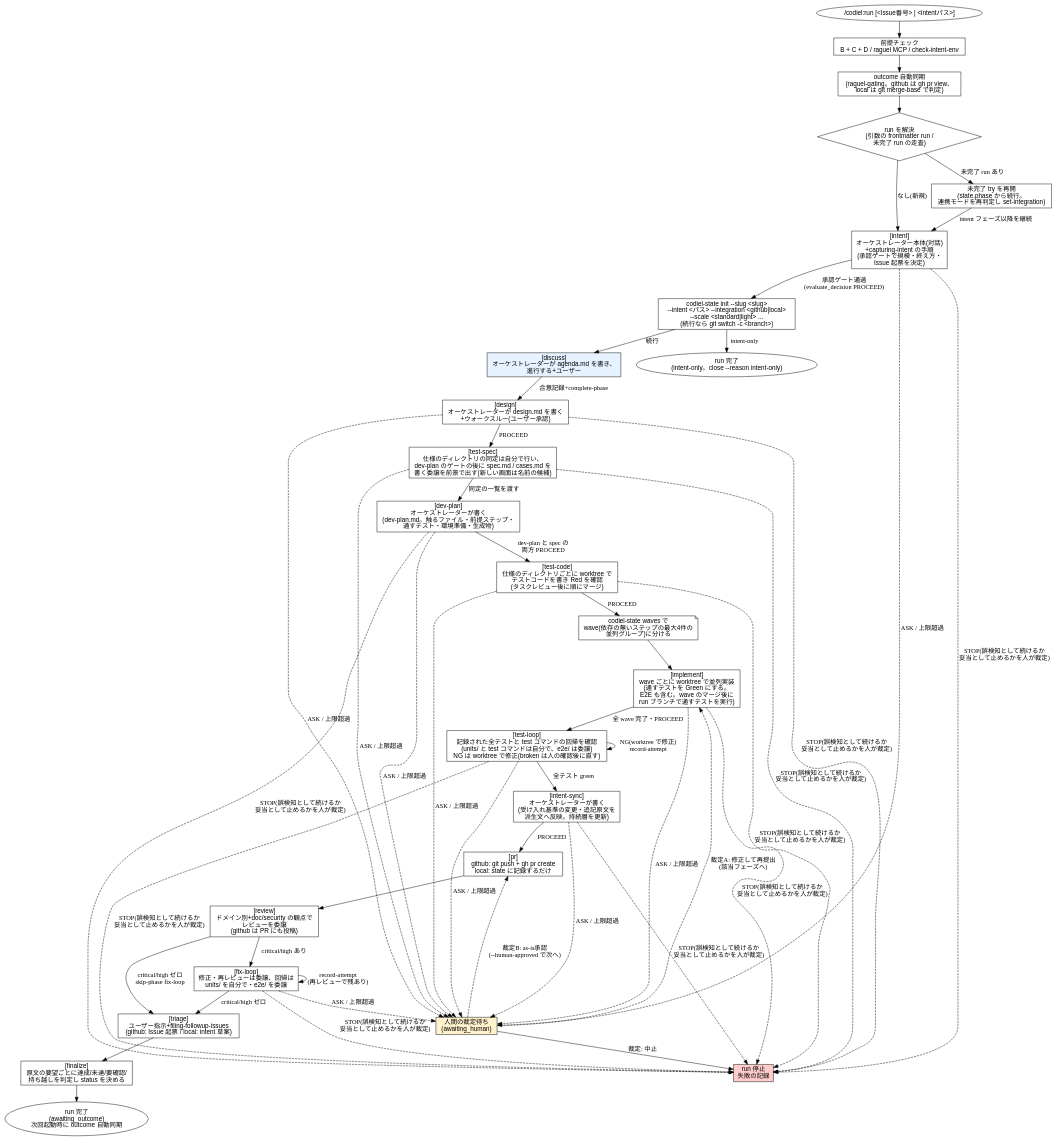
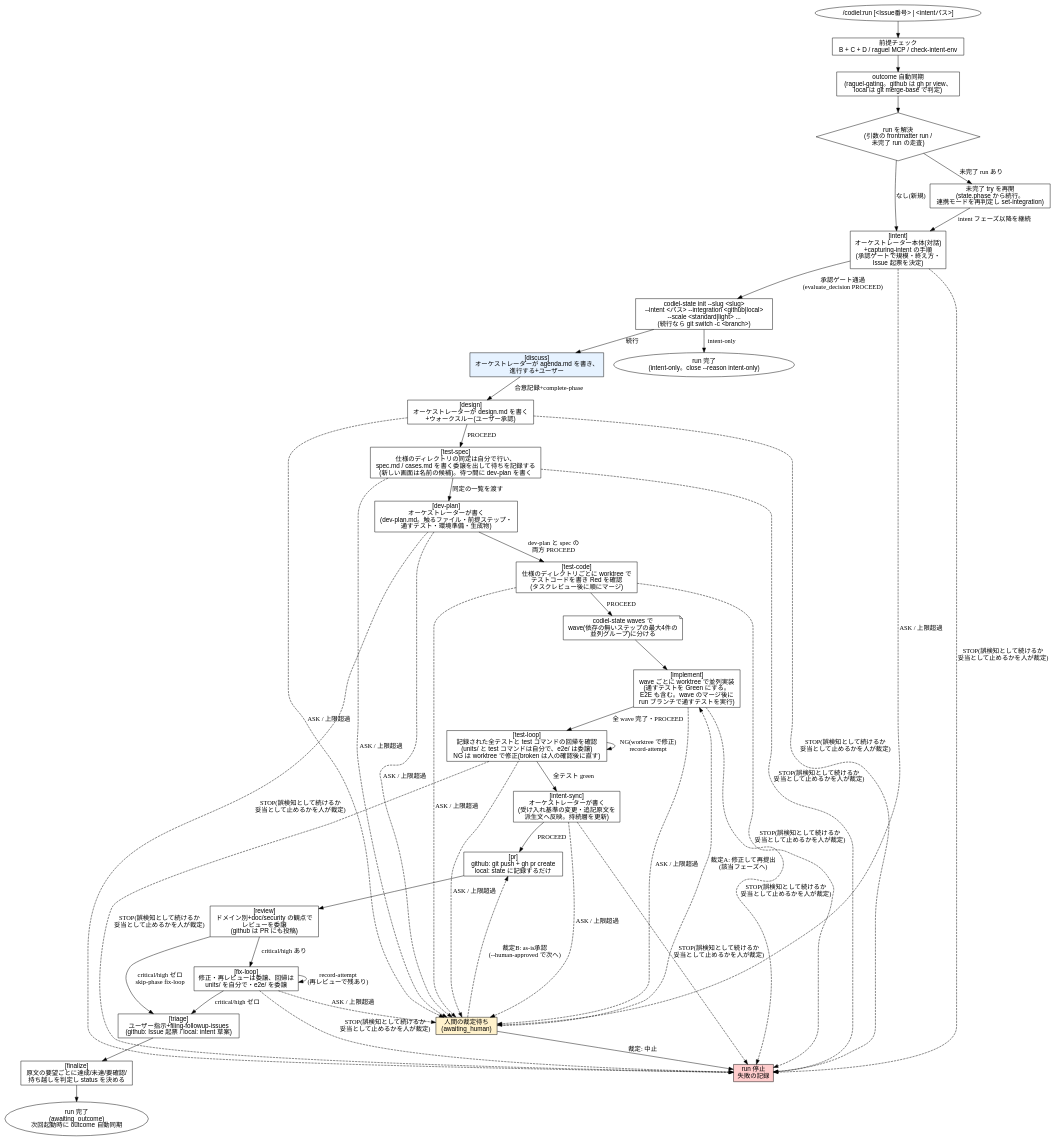
Before and after one commit to Amatsuka-kobo/amatsuka-claude-plugins: diagram 14 of 15 in plugins/codiel/docs/skill-flowcharts.md, drawn with Graphviz. The commit also changed 12 other files, not shown here.

````diff
--- a/plugins/codiel/docs/skill-flowcharts.md
+++ b/plugins/codiel/docs/skill-flowcharts.md
@@ -578,66 +578,66 @@
 ```dot
 digraph codiel_run {
   rankdir=TB;
   node [fontname="sans-serif"];
 
   start [label="/codiel:run [<Issue番号> | <intentパス>]", shape=ellipse];
   precheck [label="前提チェック\nB + C + D / raguel MCP / check-intent-env", shape=box];
   sync [label="outcome 自動同期\n(raguel-gating。github は gh pr view、\nlocal は git merge-base で判定)", shape=box];
   resolve [label="run を解決\n(引数の frontmatter run /\n未完了 run の走査)", shape=diamond];
   resume [label="未完了 try を再開\n(state.phase から続行。\n連携モードを再判定し set-integration)", shape=box];
 
   intent [label="[intent]\nオーケストレーター本体(対話)\n+capturing-intent の手順\n(承認ゲートで規模・終え方・\nIssue 起票を決定)", shape=box];
   intent_init [label="codiel-state init --slug <slug>\n--intent <パス> --integration <github|local>\n--scale <standard|light> ...\n(続行なら git switch -c <branch>)", shape=box];
   discuss [label="[discuss]\nオーケストレーターが agenda.md を書き、\n進行する+ユーザー", shape=box, style=filled, fillcolor="#e6f2ff"];
   design [label="[design]\nオーケストレーターが design.md を書く\n+ウォークスルー(ユーザー承認)", shape=box];
-  testspec [label="[test-spec]\n仕様のディレクトリの同定は自分で行い、\ndev-plan のゲートの後に spec.md / cases.md を\n書く委譲を前景で出す(新しい画面は名前の候補)", shape=box];
+  testspec [label="[test-spec]\n仕様のディレクトリの同定は自分で行い、\nspec.md / cases.md を書く委譲を出して待ちを記録する\n(新しい画面は名前の候補)。待つ間に dev-plan を書く", shape=box];
   devplan [label="[dev-plan]\nオーケストレーターが書く\n(dev-plan.md。触るファイル・前提ステップ・\n通すテスト・環境準備・生成物)", shape=box];
   testcode [label="[test-code]\n仕様のディレクトリごとに worktree で\nテストコードを書き Red を確認\n(タスクレビュー後に順にマージ)", shape=box];
   waves [label="codiel-state waves で\nwave(依存の無いステップの最大4件の\n並列グループ)に分ける", shape=note];
   implement [label="[implement]\nwave ごとに worktree で並列実装\n(通すテストを Green にする。\nE2E も含む。wave のマージ後に\nrun ブランチで通すテストを実行)", shape=box];
   testloop [label="[test-loop]\n記録された全テストと test コマンドの回帰を確認\n(units/ と test コマンドは自分で、e2e/ は委譲)\nNG は worktree で修正(broken は人の確認後に直す)", shape=box];
   intentsync [label="[intent-sync]\nオーケストレーターが書く\n(受け入れ基準の変更・追記原文を\n派生文へ反映。持続層を更新)", shape=box];
   pr [label="[pr]\ngithub: git push + gh pr create\nlocal: state に記録するだけ", shape=box];
   review [label="[review]\nドメイン別+doc/security の観点で\nレビューを委譲\n(github は PR にも投稿)", shape=box];
   fixloop [label="[fix-loop]\n修正・再レビューは委譲、回帰は\nunits/ を自分で・e2e/ を委譲", shape=box];
   triage [label="[triage]\nユーザー指示+filing-followup-issues\n(github: Issue 起票 / local: intent 草案)", shape=box];
   finalize [label="[finalize]\n原文の要望ごとに達成/未達/要確認/\n持ち越しを判定し status を決める", shape=box];
 
   human [label="人間の裁定待ち\n(awaiting_human)", shape=box, style=filled, fillcolor="#fff2cc"];
   stopped [label="run 停止\n失敗の記録", shape=box, style=filled, fillcolor="#ffcccc"];
   outcome [label="run 完了\n(awaiting_outcome)\n次回起動時に outcome 自動同期", shape=ellipse];
   intentonly [label="run 完了\n(intent-only。close --reason intent-only)", shape=ellipse];
 
   start -> precheck -> sync -> resolve;
   resolve -> resume [label="未完了 run あり"];
   resolve -> intent [label="なし(新規)"];
   resume -> intent [label="intent フェーズ以降を継続"];
 
   intent -> intent_init [label="承認ゲート通過\n(evaluate_decision PROCEED)"];
   intent_init -> discuss [label="続行"];
   intent_init -> intentonly [label="intent-only"];
   discuss -> design [label="合意記録+complete-phase"];
   design -> testspec [label="PROCEED"];
   testspec -> devplan [label="同定の一覧を渡す"];
   devplan -> testcode [label="dev-plan と spec の\n両方 PROCEED"];
   testcode -> waves [label="PROCEED"];
   waves -> implement;
   implement -> testloop [label="全 wave 完了・PROCEED"];
   testloop -> testloop [label="NG(worktree で修正)\nrecord-attempt"];
   testloop -> intentsync [label="全テスト green"];
   intentsync -> pr [label="PROCEED"];
   pr -> review;
   review -> fixloop [label="critical/high あり"];
   review -> triage [label="critical/high ゼロ\nskip-phase fix-loop"];
   fixloop -> fixloop [label="record-attempt\n(再レビューで残あり)"];
   fixloop -> triage [label="critical/high ゼロ"];
   triage -> finalize;
   finalize -> outcome;
 
   { intent design testspec devplan testcode implement testloop intentsync fixloop } -> human [label="ASK / 上限超過", style=dashed];
   { intent design testspec devplan testcode implement testloop intentsync fixloop } -> stopped [label="STOP(誤検知として続けるか\n妥当として止めるかを人が裁定)", style=dashed];
   human -> stopped [label="裁定: 中止"];
   human -> implement [label="裁定A: 修正して再提出\n(該当フェーズへ)", style=dashed];
   human -> pr [label="裁定B: as-is承認\n(--human-approved で次へ)", style=dashed];
 }
 ```
````
